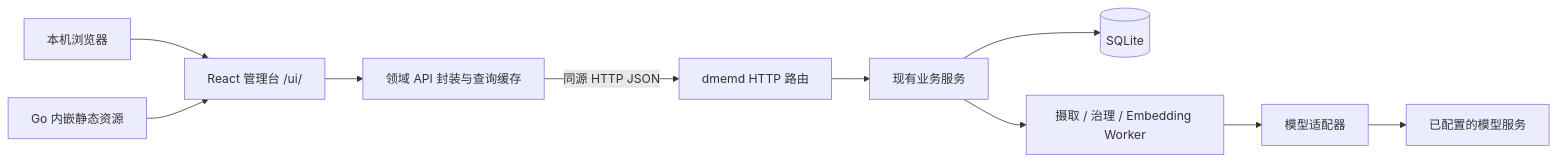
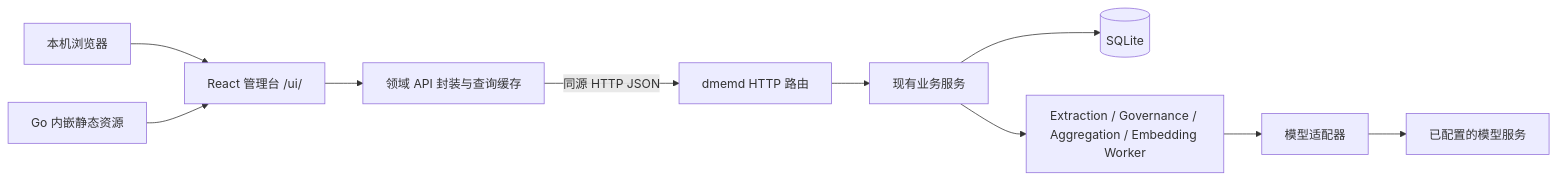
Before and after one commit to N0rthHXD/dmemd: the diagram in docs/frontend-architecture.md, drawn with Mermaid. The commit also changed other lines of this file and 262 other files, not shown here.

````diff
--- a/docs/frontend-architecture.md
+++ b/docs/frontend-architecture.md
@@ -46,12 +49,12 @@
 ```mermaid
 flowchart LR
     U[本机浏览器] --> UI[React 管理台 /ui/]
     UI --> Q[领域 API 封装与查询缓存]
     Q -->|同源 HTTP JSON| H[dmemd HTTP 路由]
     H --> B[现有业务服务]
     B --> DB[(SQLite)]
-    B --> W[摄取 / 治理 / Embedding Worker]
+    B --> W[Extraction / Governance / Aggregation / Embedding Worker]
     W --> M[模型适配器]
     M --> P[已配置的模型服务]
     E[Go 内嵌静态资源] --> UI
 ```
````
